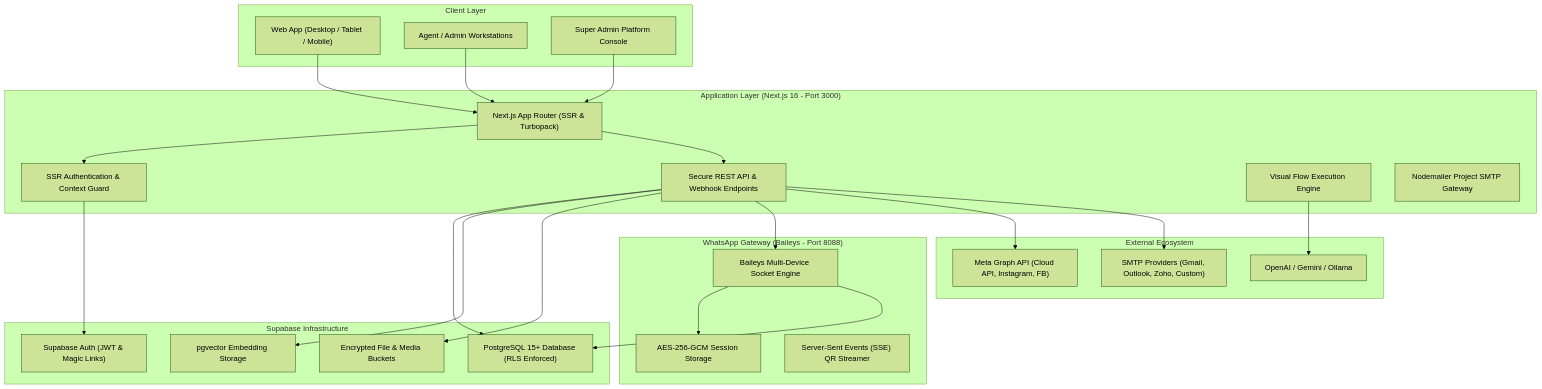
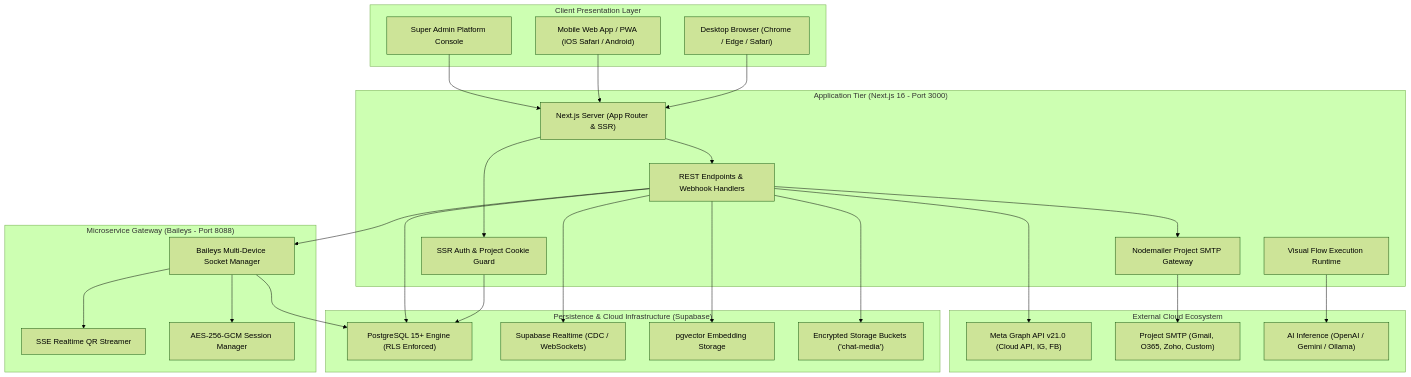
One commit to CloudMasa-Tech/whatsappcrm changed the first of 11 diagrams in PRODUCT_DOCUMENTATION.md. Above: the diagram before and after it, drawn with Mermaid (forest theme). The commit also changed other lines of this file and 18 other files, not shown here.

Commit message:
feat: add full-flow enterprise documentation, multi-format template media uploads, and mobile UX enhancements

````diff
--- a/PRODUCT_DOCUMENTATION.md
+++ b/PRODUCT_DOCUMENTATION.md
@@ -23,54 +62,58 @@
 ```mermaid
 graph TD
-    subgraph Clients ["Client Layer"]
-        WebDesktop["Web App (Desktop / Tablet / Mobile)"]
-        Agents["Agent / Admin Workstations"]
-        SuperAdminUI["Super Admin Platform Console"]
+    subgraph ClientTier ["Client Presentation Layer"]
+        DesktopWeb["Desktop Browser (Chrome / Edge / Safari)"]
+        MobileWeb["Mobile Web App / PWA (iOS Safari / Android)"]
+        SuperAdminDesk["Super Admin Platform Console"]
     end
 
-    subgraph ApplicationLayer ["Application Layer (Next.js 16 - Port 3000)"]
-        NextServer["Next.js App Router (SSR & Turbopack)"]
-        AuthModule["SSR Authentication & Context Guard"]
-        APIRoutes["Secure REST API & Webhook Endpoints"]
-        FlowEngine["Visual Flow Execution Engine"]
-        EmailEngine["Nodemailer Project SMTP Gateway"]
+    subgraph AppTier ["Application Tier (Next.js 16 - Port 3000)"]
+        NextServer["Next.js Server (App Router & SSR)"]
+        AuthGuards["SSR Auth & Project Cookie Guard"]
+        APIRoutes["REST Endpoints & Webhook Handlers"]
+        FlowEngine["Visual Flow Execution Runtime"]
+        EmailService["Nodemailer Project SMTP Gateway"]
     end
 
-    subgraph GatewayLayer ["WhatsApp Gateway (Baileys - Port 8088)"]
-        BaileysCore["Baileys Multi-Device Socket Engine"]
-        SessionCrypto["AES-256-GCM Session Storage"]
-        QRStream["Server-Sent Events (SSE) QR Streamer"]
+    subgraph GatewayTier ["Microservice Gateway (Baileys - Port 8088)"]
+        BaileysSocket["Baileys Multi-Device Socket Manager"]
+        SSEStreamer["SSE Realtime QR Streamer"]
+        GatewayCrypto["AES-256-GCM Session Manager"]
     end
 
-    subgraph DatabaseLayer ["Supabase Infrastructure"]
-        PostgresDB["PostgreSQL 15+ Database (RLS Enforced)"]
-        SupabaseAuth["Supabase Auth (JWT & Magic Links)"]
-        PgVector["pgvector Embedding Storage"]
-        StorageBuckets["Encrypted File & Media Buckets"]
+    subgraph DataTier ["Persistence & Cloud Infrastructure (Supabase)"]
+        Postgres["PostgreSQL 15+ Engine (RLS Enforced)"]
+        RealtimeCDC["Supabase Realtime (CDC / WebSockets)"]
+        PgVectorExt["pgvector Embedding Storage"]
+        MediaBuckets["Encrypted Storage Buckets ('chat-media')"]
     end
 
-    subgraph ExternalServices ["External Ecosystem"]
-        MetaGraph["Meta Graph API (Cloud API, Instagram, FB)"]
-        MailServers["SMTP Providers (Gmail, Outlook, Zoho, Custom)"]
-        LLMHub["OpenAI / Gemini / Ollama"]
+    subgraph ExternalEcosystem ["External Cloud Ecosystem"]
+        MetaGraphAPI["Meta Graph API v21.0 (Cloud API, IG, FB)"]
+        SMTPProviders["Project SMTP (Gmail, O365, Zoho, Custom)"]
+        LLMInference["AI Inference (OpenAI / Gemini / Ollama)"]
     end
 
-    WebDesktop --> NextServer
-    Agents --> NextServer
-    SuperAdminUI --> NextServer
+    DesktopWeb --> NextServer
+    MobileWeb --> NextServer
+    SuperAdminDesk --> NextServer
 
-    NextServer --> AuthModule
-    AuthModule --> SupabaseAuth
+    NextServer --> AuthGuards
+    AuthGuards --> Postgres
     NextServer --> APIRoutes
 
-    APIRoutes --> PostgresDB
-    APIRoutes --> PgVector
-    APIRoutes --> StorageBuckets
-    APIRoutes --> BaileysCore
-    APIRoutes --> MetaGraph
-    APIRoutes --> MailServers
-    FlowEngine --> LLMHub
+    APIRoutes --> Postgres
+    APIRoutes --> RealtimeCDC
+    APIRoutes --> PgVectorExt
+    APIRoutes --> MediaBuckets
+    APIRoutes --> BaileysSocket
+    APIRoutes --> MetaGraphAPI
+    APIRoutes --> EmailService
 
-    BaileysCore --> SessionCrypto
-    BaileysCore --> PostgresDB
+    EmailService --> SMTPProviders
+    FlowEngine --> LLMInference
+
+    BaileysSocket --> GatewayCrypto
+    BaileysSocket --> Postgres
+    BaileysSocket --> SSEStreamer
 ```
````
